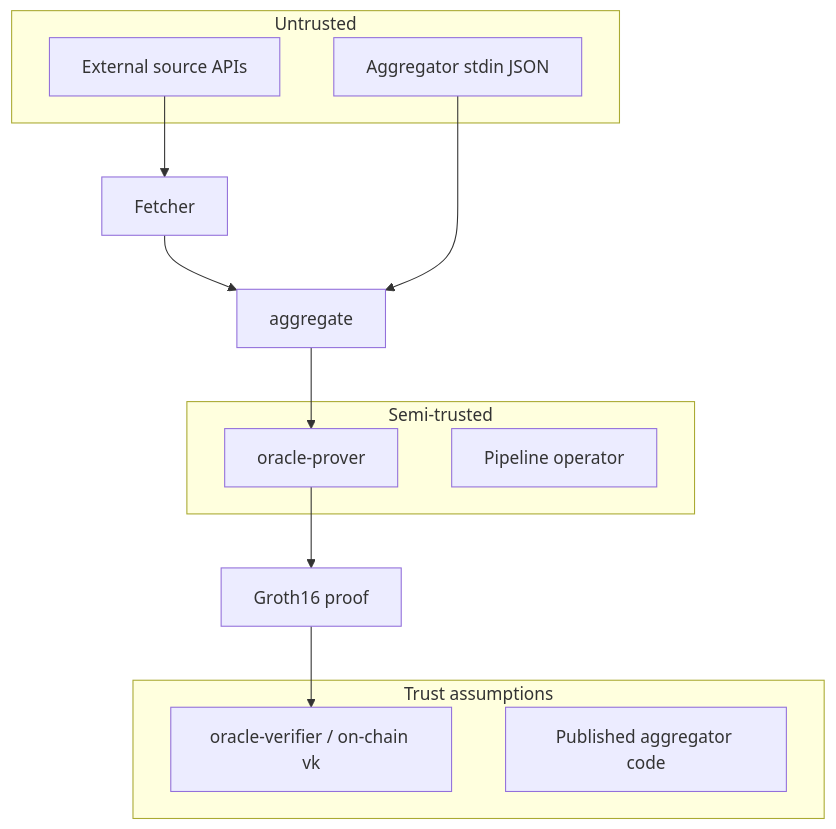
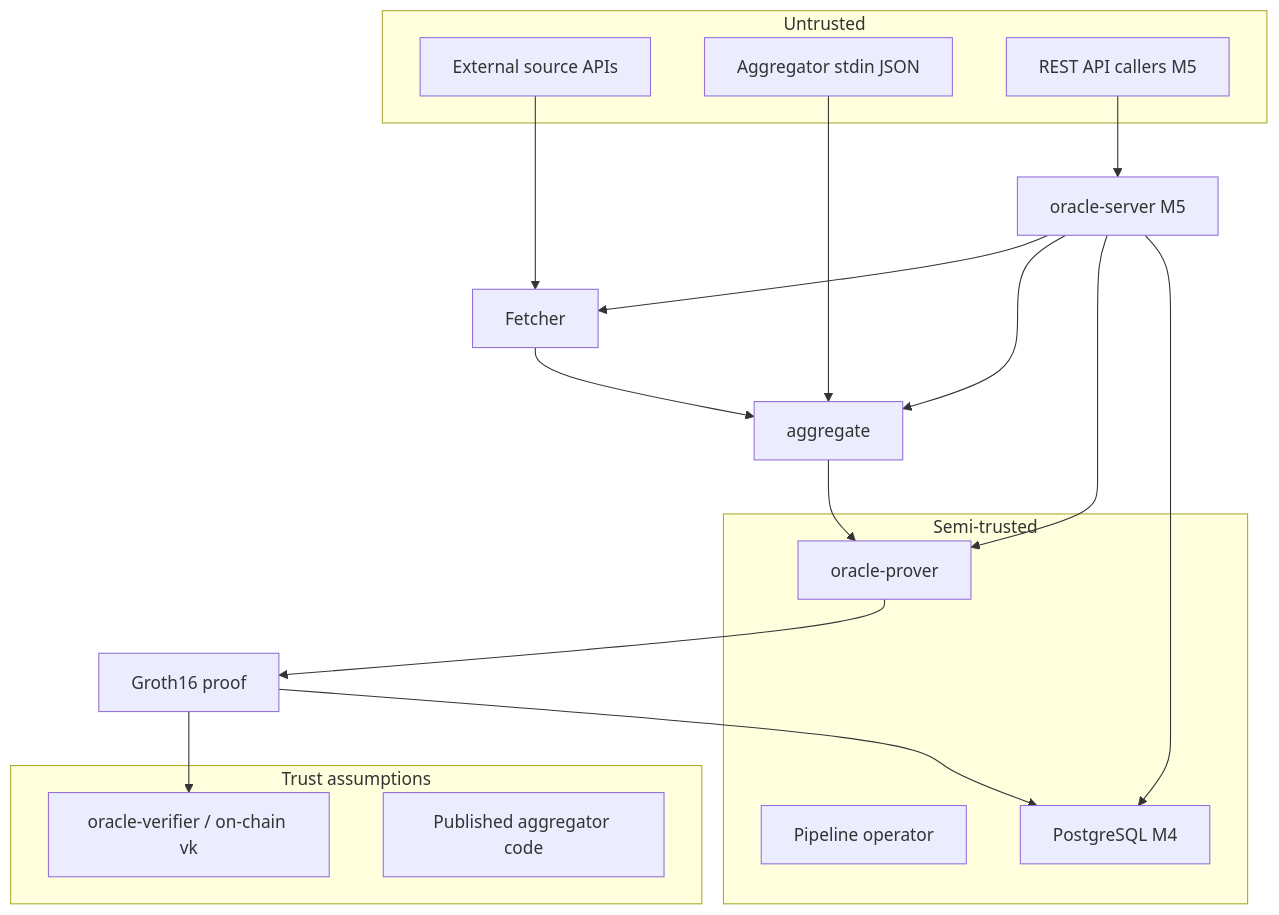
Before and after one commit to akshitj11/zk-oracle-aggregator: the diagram in docs/security/threat-model.md, drawn with Mermaid. The commit also changed other lines of this file, not shown here.

First line of the commit message:
docs: extend threat model for storage, API, and chain (7/100)

````diff
--- a/docs/security/threat-model.md
+++ b/docs/security/threat-model.md
@@ -7,21 +7,29 @@
 ```mermaid
 flowchart TB
   subgraph untrusted [Untrusted]
     APIs[External source APIs]
     StdinAgg[Aggregator stdin JSON]
+    ApiCaller[REST API callers M5]
   end
   subgraph semi [Semi-trusted]
     Prover[oracle-prover]
     Operator[Pipeline operator]
+    Postgres[PostgreSQL M4]
   end
   subgraph trusted [Trust assumptions]
     Verifier[oracle-verifier / on-chain vk]
     AggregatorLogic[Published aggregator code]
   end
   APIs --> Fetcher
   Fetcher --> Agg[aggregate]
   StdinAgg --> Agg
   Agg --> Prover
   Prover --> Proof[Groth16 proof]
   Proof --> Verifier
+  Proof --> Postgres
+  ApiCaller --> Server[oracle-server M5]
+  Server --> Fetcher
+  Server --> Agg
+  Server --> Prover
+  Server --> Postgres
 ```
````
